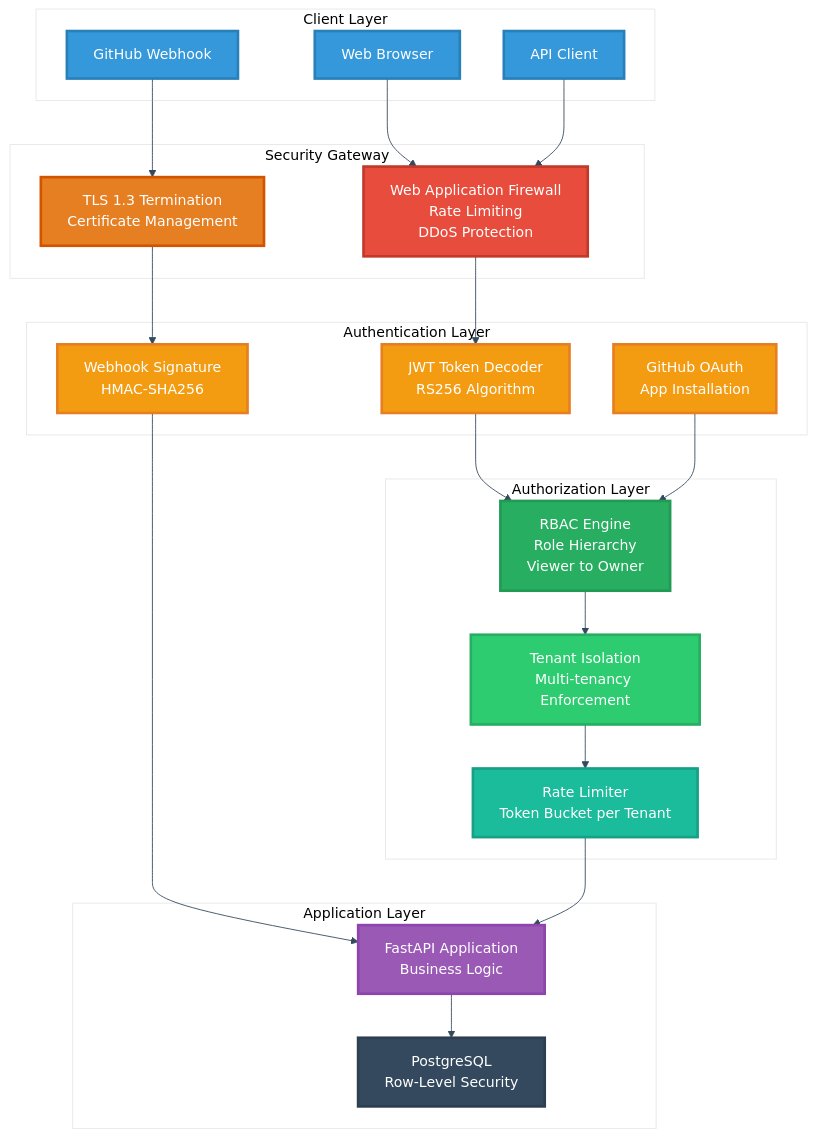
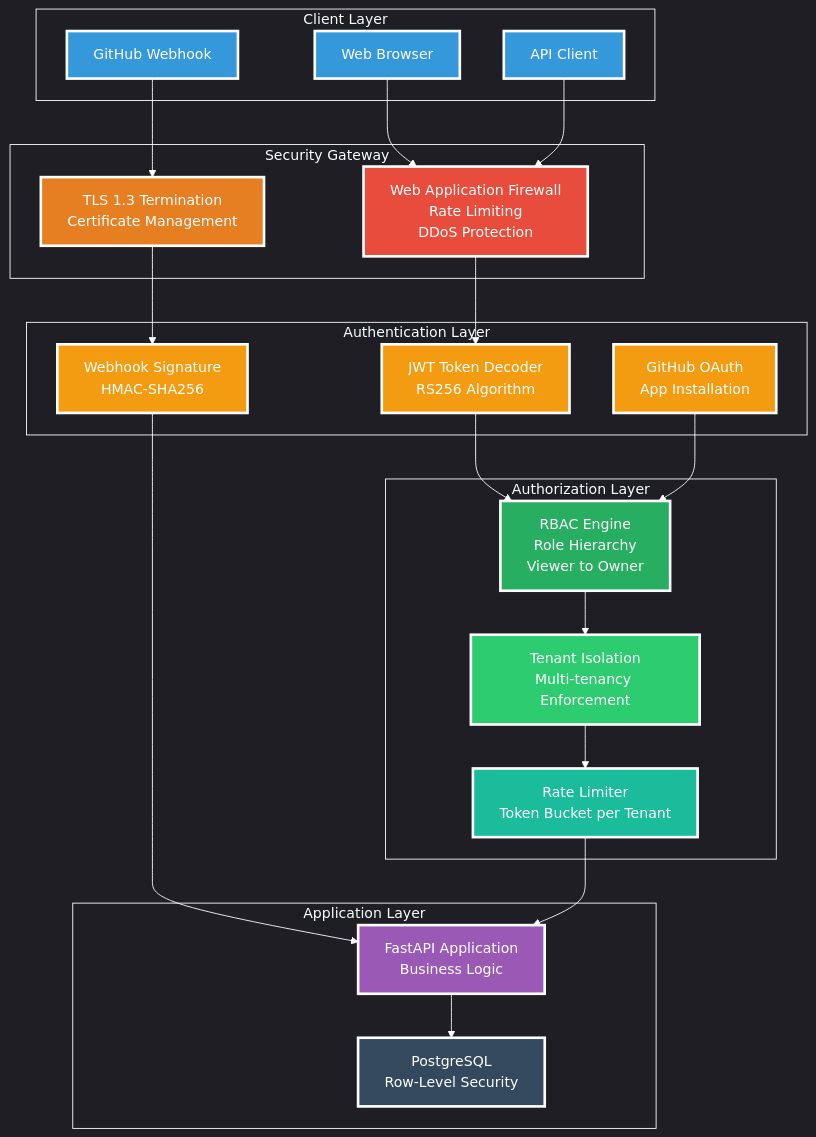
One commit to PriscillaOng12/AI-Code-Review-Squad changed the fifth of 7 diagrams in docs/ARCHITECTURE.md. Above: the diagram before and after it, drawn with Mermaid. The commit also changed other lines of this file, not shown here.

````diff
--- a/docs/ARCHITECTURE.md
+++ b/docs/ARCHITECTURE.md
@@ -377,66 +377,66 @@
 ```mermaid
-%%{init: {'theme': 'base', 'themeVariables': {'primaryColor': '#ffffff', 'primaryTextColor': '#2c3e50', 'primaryBorderColor': '#2c3e50', 'lineColor': '#34495e', 'secondaryColor': '#ffffff', 'tertiaryColor': '#ffffff', 'background': '#ffffff', 'mainBkg': '#ffffff', 'secondBkg': '#ffffff', 'tertiaryBkg': '#ffffff'}}}%%
+%%{init: {'theme': 'dark', 'themeVariables': {'primaryColor': 'transparent', 'primaryTextColor': '#ffffff', 'primaryBorderColor': '#ffffff', 'lineColor': '#ffffff', 'secondaryColor': 'transparent', 'tertiaryColor': 'transparent', 'background': 'transparent', 'mainBkg': 'transparent', 'secondBkg': 'transparent', 'tertiaryBkg': 'transparent', 'clusterBkg': 'transparent', 'clusterBorder': '#ffffff', 'edgeLabelBackground': 'transparent'}}}%%
 graph TB
     subgraph "Client Layer"
         WEB[Web Browser]
         API_CLIENT[API Client]
         WEBHOOK[GitHub Webhook]
     end
     
     subgraph "Security Gateway"
         WAF[Web Application Firewall<br/>Rate Limiting<br/>DDoS Protection]
         TLS[TLS 1.3 Termination<br/>Certificate Management]
     end
     
     subgraph "Authentication Layer"
         JWT_DECODE[JWT Token Decoder<br/>RS256 Algorithm]
         GITHUB_OAUTH[GitHub OAuth<br/>App Installation]
         WEBHOOK_SIG[Webhook Signature<br/>HMAC-SHA256]
     end
     
     subgraph "Authorization Layer"
         RBAC_ENGINE[RBAC Engine<br/>Role Hierarchy<br/>Viewer to Owner]
         TENANT_ISOLATION[Tenant Isolation<br/>Multi-tenancy Enforcement]
         RATE_LIMITER[Rate Limiter<br/>Token Bucket per Tenant]
     end
     
     subgraph "Application Layer"
         API[FastAPI Application<br/>Business Logic]
         DB[PostgreSQL<br/>Row-Level Security]
     end
     
     WEB --> WAF
     API_CLIENT --> WAF
     WEBHOOK --> TLS
     
     WAF --> JWT_DECODE
     TLS --> WEBHOOK_SIG
     
     JWT_DECODE --> RBAC_ENGINE
     GITHUB_OAUTH --> RBAC_ENGINE
     WEBHOOK_SIG --> API
     
     RBAC_ENGINE --> TENANT_ISOLATION
     TENANT_ISOLATION --> RATE_LIMITER
     RATE_LIMITER --> API
     
     API --> DB
     
-    style WEB fill:#3498db,stroke:#2980b9,stroke-width:3px,color:#ffffff
-    style API_CLIENT fill:#3498db,stroke:#2980b9,stroke-width:3px,color:#ffffff
-    style WEBHOOK fill:#3498db,stroke:#2980b9,stroke-width:3px,color:#ffffff
+    style WEB fill:#3498db,stroke:#ffffff,stroke-width:3px,color:#ffffff
+    style API_CLIENT fill:#3498db,stroke:#ffffff,stroke-width:3px,color:#ffffff
+    style WEBHOOK fill:#3498db,stroke:#ffffff,stroke-width:3px,color:#ffffff
     
-    style WAF fill:#e74c3c,stroke:#c0392b,stroke-width:3px,color:#ffffff
-    style TLS fill:#e67e22,stroke:#d35400,stroke-width:3px,color:#ffffff
+    style WAF fill:#e74c3c,stroke:#ffffff,stroke-width:3px,color:#ffffff
+    style TLS fill:#e67e22,stroke:#ffffff,stroke-width:3px,color:#ffffff
     
-    style JWT_DECODE fill:#f39c12,stroke:#e67e22,stroke-width:3px,color:#ffffff
-    style GITHUB_OAUTH fill:#f39c12,stroke:#e67e22,stroke-width:3px,color:#ffffff
-    style WEBHOOK_SIG fill:#f39c12,stroke:#e67e22,stroke-width:3px,color:#ffffff
+    style JWT_DECODE fill:#f39c12,stroke:#ffffff,stroke-width:3px,color:#ffffff
+    style GITHUB_OAUTH fill:#f39c12,stroke:#ffffff,stroke-width:3px,color:#ffffff
+    style WEBHOOK_SIG fill:#f39c12,stroke:#ffffff,stroke-width:3px,color:#ffffff
     
-    style RBAC_ENGINE fill:#27ae60,stroke:#229954,stroke-width:3px,color:#ffffff
-    style TENANT_ISOLATION fill:#2ecc71,stroke:#27ae60,stroke-width:3px,color:#ffffff
-    style RATE_LIMITER fill:#1abc9c,stroke:#16a085,stroke-width:3px,color:#ffffff
+    style RBAC_ENGINE fill:#27ae60,stroke:#ffffff,stroke-width:3px,color:#ffffff
+    style TENANT_ISOLATION fill:#2ecc71,stroke:#ffffff,stroke-width:3px,color:#ffffff
+    style RATE_LIMITER fill:#1abc9c,stroke:#ffffff,stroke-width:3px,color:#ffffff
     
-    style API fill:#9b59b6,stroke:#8e44ad,stroke-width:3px,color:#ffffff
-    style DB fill:#34495e,stroke:#2c3e50,stroke-width:3px,color:#ffffff
+    style API fill:#9b59b6,stroke:#ffffff,stroke-width:3px,color:#ffffff
+    style DB fill:#34495e,stroke:#ffffff,stroke-width:3px,color:#ffffff
 ```
````
